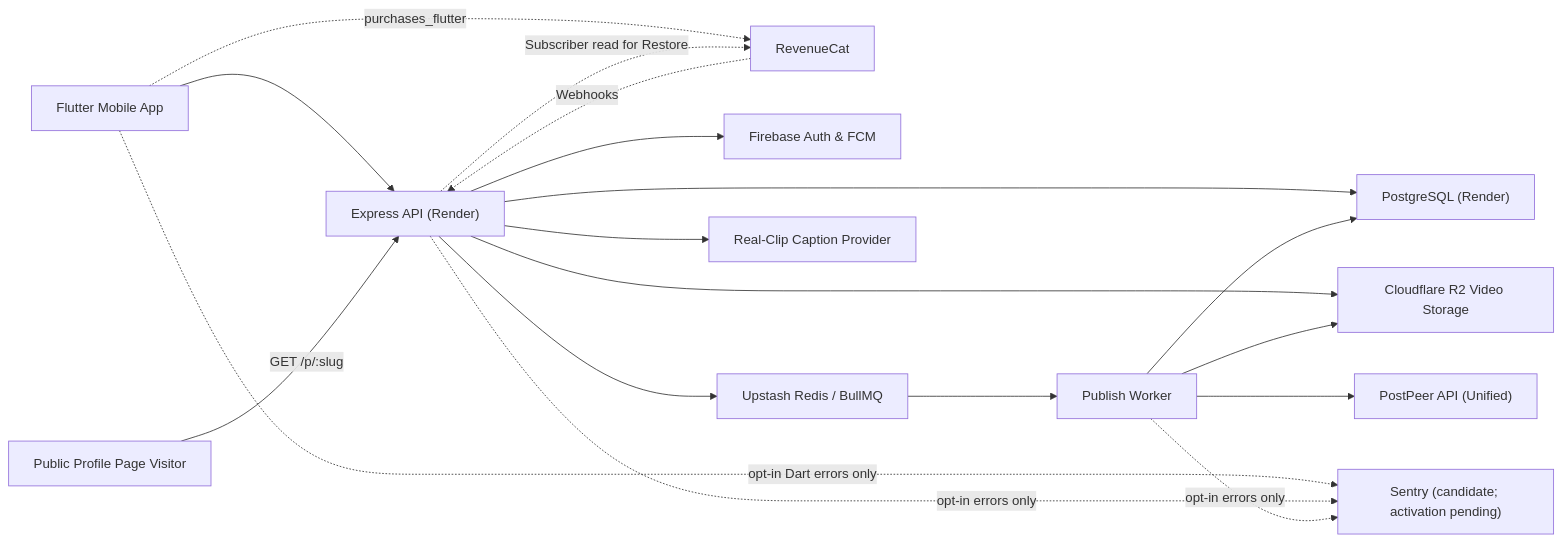
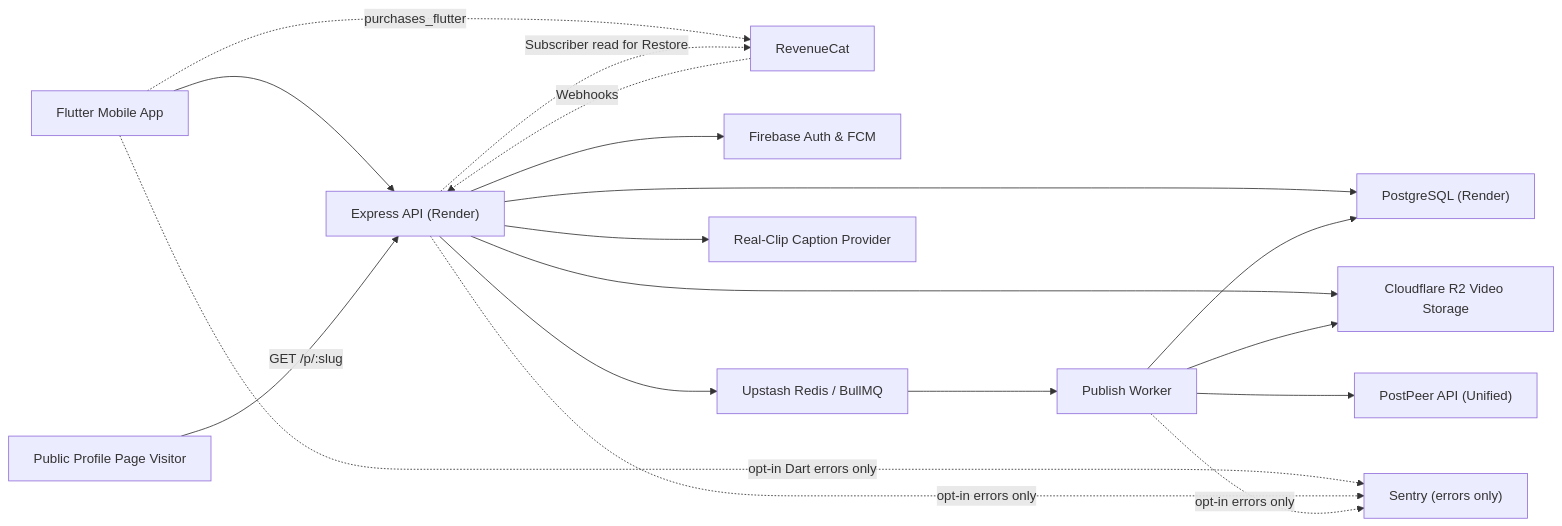
The first of 8 diagrams in ARCHITECTURE.md (NOI56/PostDeeMobile), drawn with Mermaid before and after one commit. The commit also changed other lines of this file and 4 other files, not shown here.

````diff
--- a/ARCHITECTURE.md
+++ b/ARCHITECTURE.md
@@ -1228,20 +1236,20 @@
 ```mermaid
 flowchart LR
   Mobile["Flutter Mobile App"] --> API["Express API (Render)"]
   Mobile -.->|purchases_flutter| RC["RevenueCat"]
   RC -.->|Webhooks| API
   API -.->|Subscriber read for Restore| RC
   API --> Auth["Firebase Auth & FCM"]
   API --> DB["PostgreSQL (Render)"]
   API --> Storage["Cloudflare R2 Video Storage"]
   API --> Queue["Upstash Redis / BullMQ"]
   API --> Captions["Real-Clip Caption Provider"]
   Browser["Public Profile Page Visitor"] -->|"GET /p/:slug"| API
   Queue --> Worker["Publish Worker"]
   Worker --> Social["PostPeer API (Unified)"]
   Worker --> Storage
   Worker --> DB
-  Mobile -.->|"opt-in Dart errors only"| Sentry["Sentry (candidate; activation pending)"]
+  Mobile -.->|"opt-in Dart errors only"| Sentry["Sentry (errors only)"]
   API -.->|"opt-in errors only"| Sentry
   Worker -.->|"opt-in errors only"| Sentry
 ```
````
